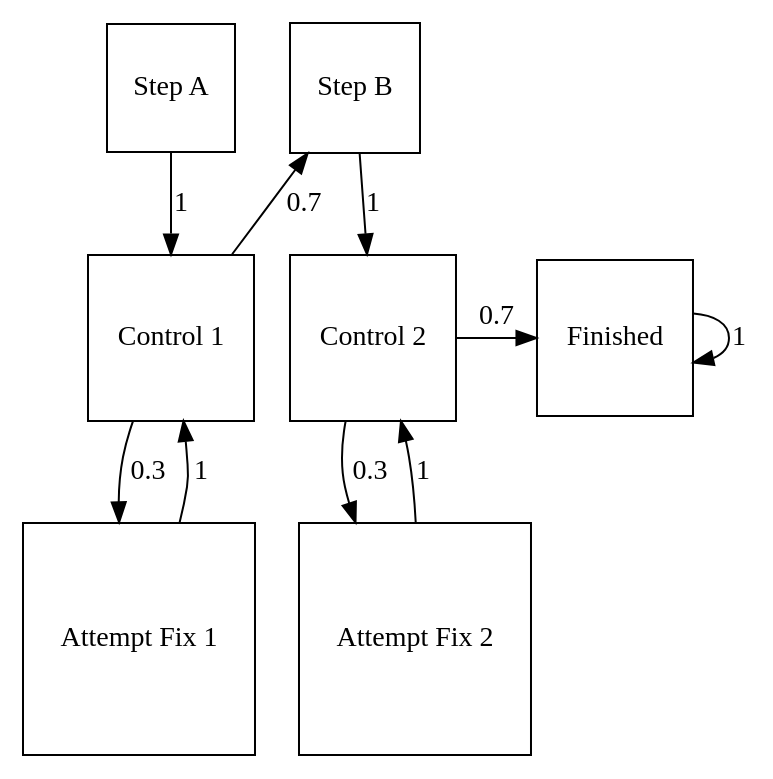
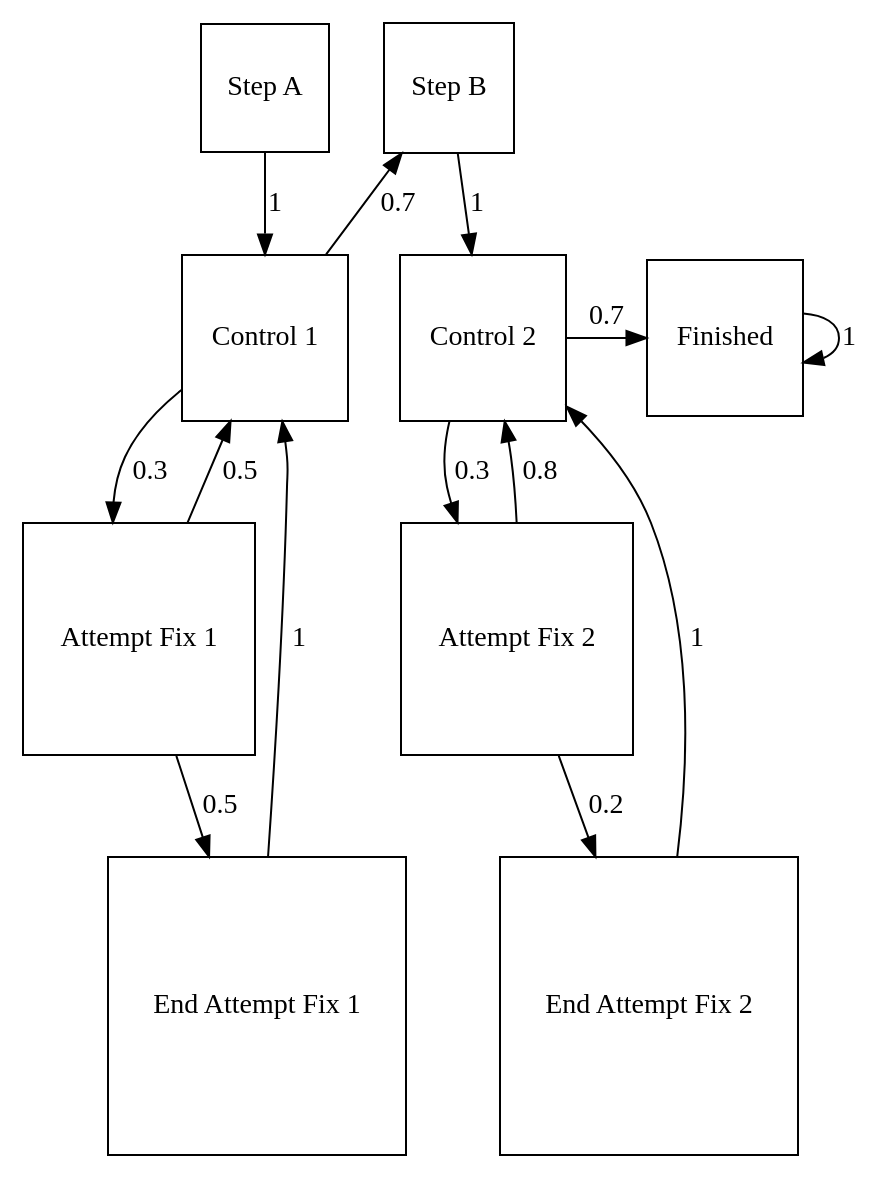
Before and after one commit to ErikFolkesson/applied_matrix_analysis: the diagram in assignment_1/modeling_production_line/production_line_graph.puml, drawn with PlantUML. The commit also changed 1 other file, not shown here.

```diff
--- a/assignment_1/modeling_production_line/production_line_graph.puml
+++ b/assignment_1/modeling_production_line/production_line_graph.puml
@@ -1,35 +1,42 @@
 @startuml
 digraph G {
     node [shape=square];
 
     { rank=same; A; B }
     { rank=same; C1; C2; F }
     { rank=same; AT1; AT2 }
 
     A [label="Step A"];
     B [label="Step B"];
 
     C1 [label="Control 1"];
     C2 [label="Control 2"];
 
     F [label="Finished"];
 
     AT1 [label="Attempt Fix 1"];
     AT2 [label="Attempt Fix 2"];
 
+    ET1 [label="End Attempt Fix 1"];
+    ET2 [label="End Attempt Fix 2"];
+
     A -> C1 [label="1"];
     B -> C2 [label="1"];
 
     C1 -> B [label="0.7"];
 
     C1 -> AT1 [label="0.3  "];
-    AT1 -> C1 [label="1  "];
+    AT1 -> C1 [label="0.5  "];
+    AT1 -> ET1 [label="0.5  "];
+    ET1 -> C1 [label="1  "];
 
     C2 -> AT2 [label="0.3  "];
-    AT2 -> C2 [label="1  "];
+    AT2 -> C2 [label="0.8  "];
+    AT2 -> ET2 [label="0.2  "];
+    ET2 -> C2 [label="1  "];
 
     C2 -> F [label="0.7"];
 
     F -> F [label="1"];
 }
 @enduml
```
